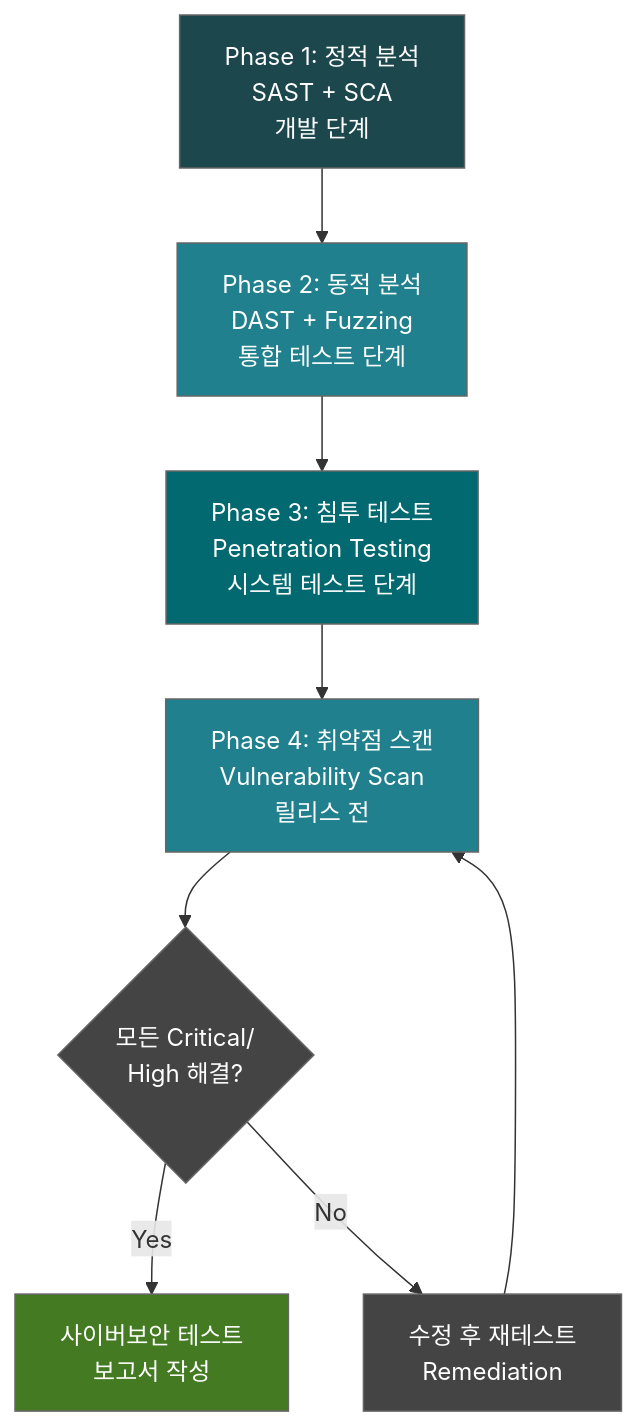
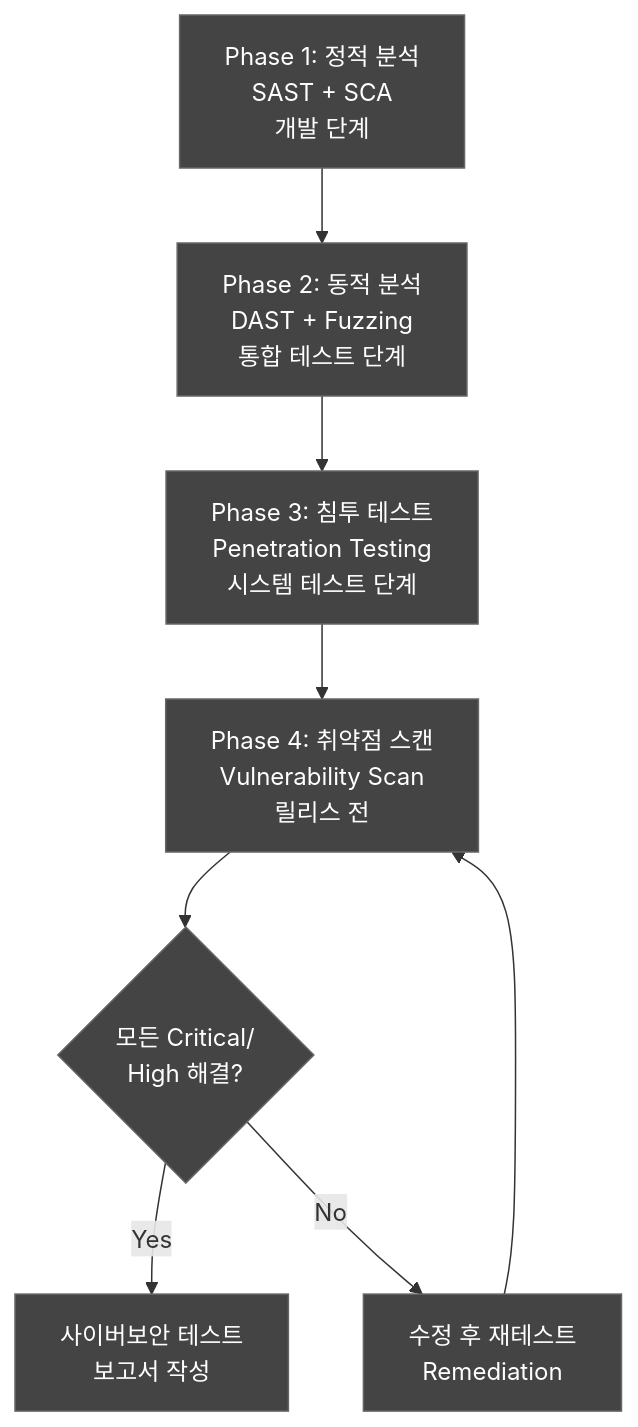
The first of 5 diagrams in docs/testing/DOC-018_CyberTestPlan_v1.0.md (holee9/console-gui), drawn with Mermaid before and after one commit. The commit also changed other lines of this file and 35 other files, not shown here.

First line of the commit message:
fix: 전체 Mermaid 차트 색상 진한 회색 통일

````diff
--- a/docs/testing/DOC-018_CyberTestPlan_v1.0.md
+++ b/docs/testing/DOC-018_CyberTestPlan_v1.0.md
@@ -87,17 +87,17 @@
 ```mermaid
 flowchart TD
     classDef default fill:#444,stroke:#666,color:#fff
     A[Phase 1: 정적 분석<br/>SAST + SCA<br/>개발 단계] --> B[Phase 2: 동적 분석<br/>DAST + Fuzzing<br/>통합 테스트 단계]
     B --> C[Phase 3: 침투 테스트<br/>Penetration Testing<br/>시스템 테스트 단계]
     C --> D[Phase 4: 취약점 스캔<br/>Vulnerability Scan<br/>릴리스 전]
     D --> E{모든 Critical/<br/>High 해결?}
     E -->|Yes| F[사이버보안 테스트<br/>보고서 작성]
     E -->|No| G[수정 후 재테스트<br/>Remediation]
     G --> D
     
-    style A fill:#1B474D,color:#fff
-    style B fill:#20808D,color:#fff
-    style C fill:#01696F,color:#fff
-    style D fill:#20808D,color:#fff
-    style F fill:#437A22,color:#fff
+    style A fill:#444,color:#fff
+    style B fill:#444,color:#fff
+    style C fill:#444,color:#fff
+    style D fill:#444,color:#fff
+    style F fill:#444,color:#fff
 ```
````
